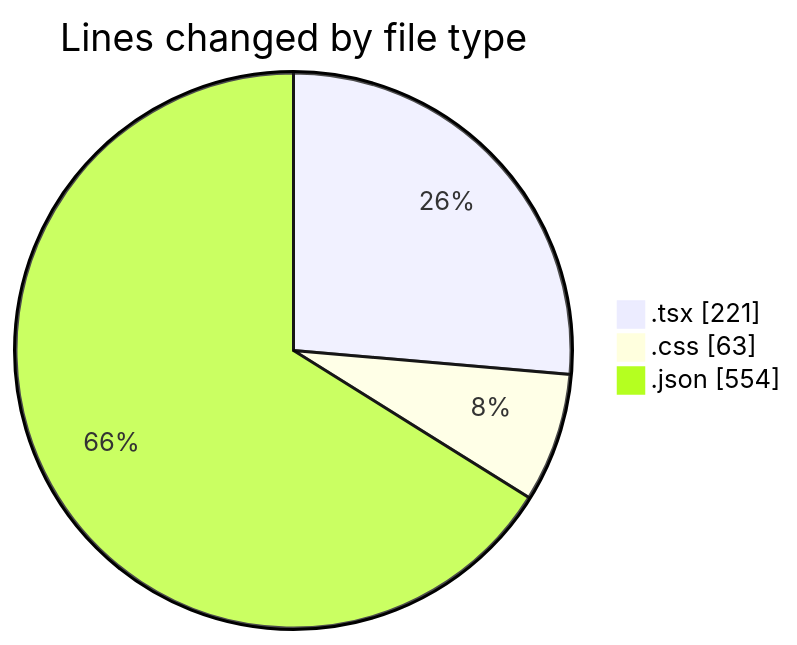
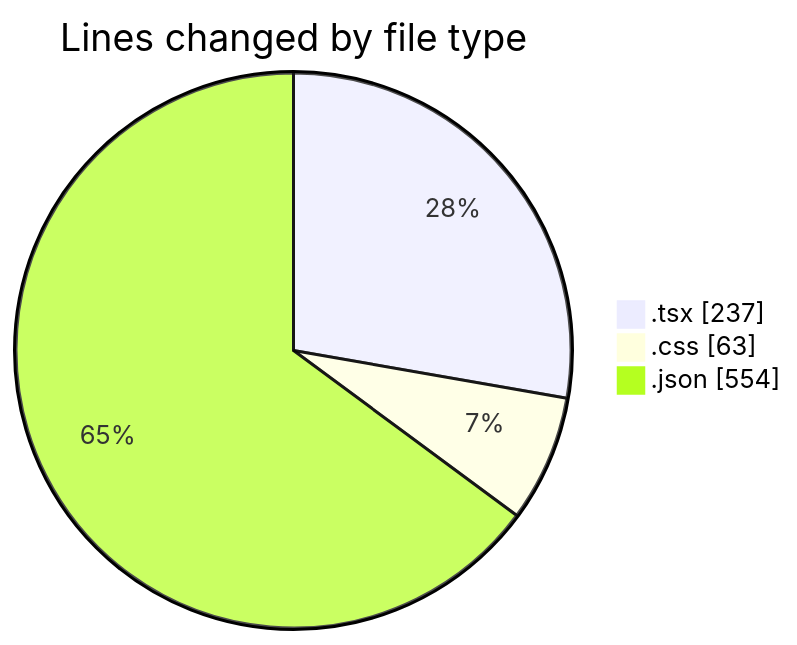
The first of 2 diagrams in 2025-08-04/tw-server/README.md (EIIisD/code-tracking), drawn with Mermaid before and after one commit. The commit also changed other lines of this file and 1 other file, not shown here.

````diff
--- a/2025-08-04/tw-server/README.md
+++ b/2025-08-04/tw-server/README.md
@@ -24,7 +25,7 @@
 ```mermaid
 pie showData
 title Lines changed by file type
-".tsx" : 221
+".tsx" : 237
 ".css" : 63
 ".json" : 554
 ```
````
